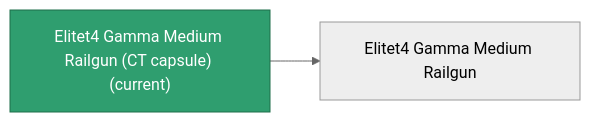
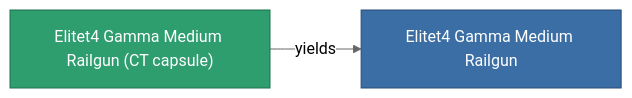
Before and after one commit to OpenPerpetuum/Wiki: the diagram in content/content/items/elitet4_gamma_medium_railgun_CT_capsule.md, drawn with Mermaid (neutral theme). The commit also changed other lines of this file and 2015 other files, not shown here.

````diff
--- a/content/content/items/elitet4_gamma_medium_railgun_CT_capsule.md
+++ b/content/content/items/elitet4_gamma_medium_railgun_CT_capsule.md
@@ -33,8 +33,9 @@
 ```mermaid
 graph LR
-    a["Elitet4 Gamma Medium Railgun (CT capsule) (current)"]:::current
-    b["Elitet4 Gamma Medium Railgun"]
-    a --> b
-    click b "/content/items/elitet4-gamma-medium-railgun/" "Elitet4 Gamma Medium Railgun"
+    a["Elitet4 Gamma Medium Railgun (CT capsule)"]:::current
+    b["Elitet4 Gamma Medium Railgun"]:::finished
+    a -->|yields| b
+                click b "/content/items/elitet4-gamma-medium-railgun/" "Elitet4 Gamma Medium Railgun"
     classDef current fill:#2f9e6f,stroke:#1f6f4a,color:#ffffff
+    classDef finished fill:#3b6ea5,stroke:#274a75,color:#ffffff
 ```
````
